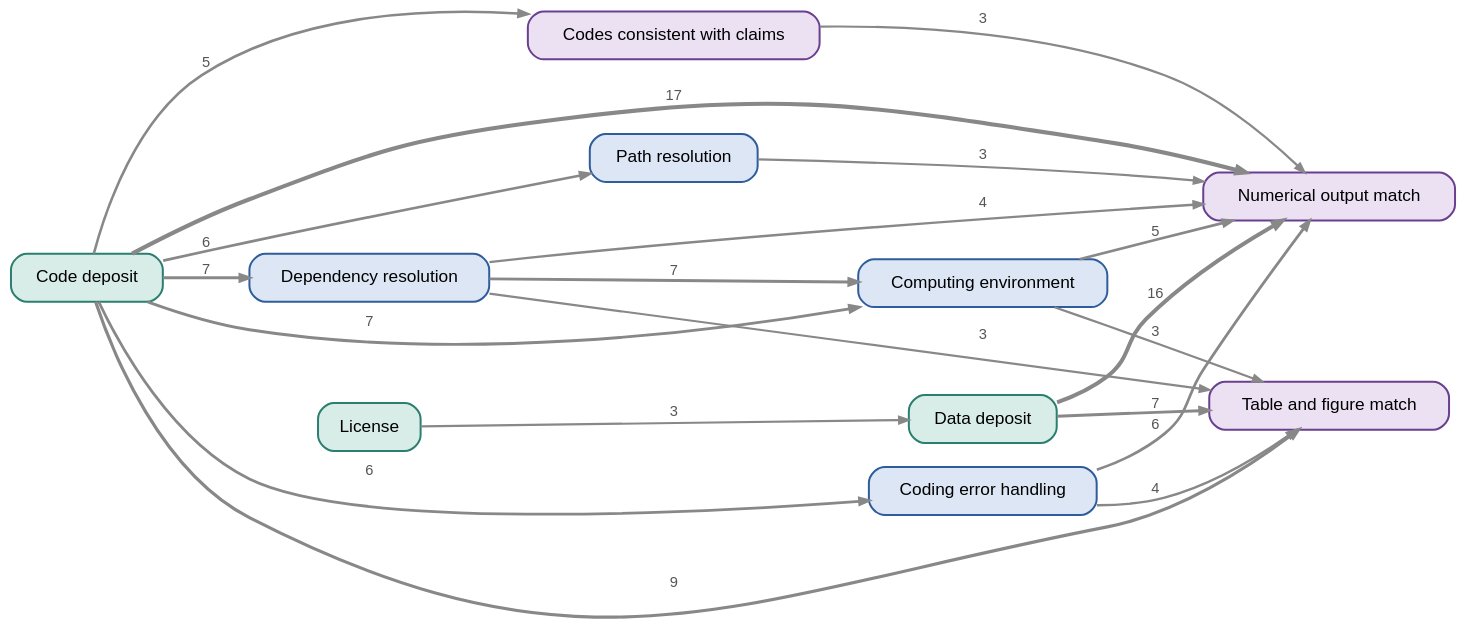
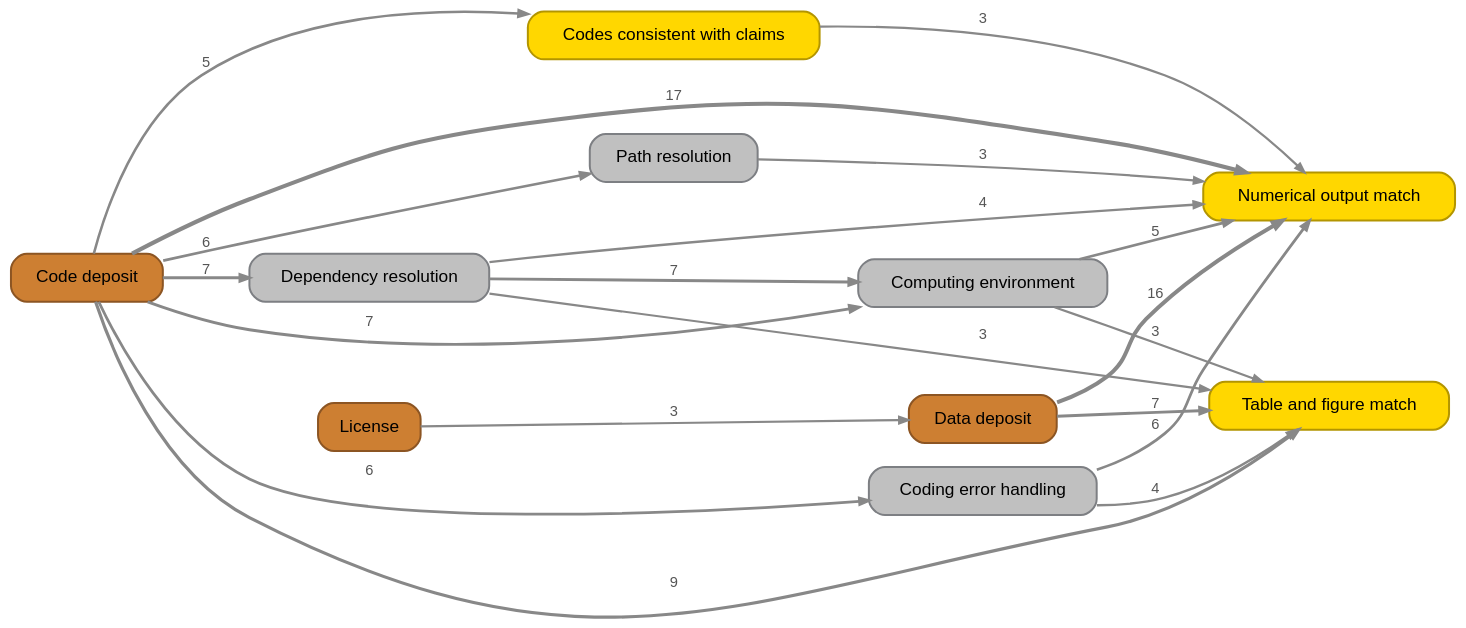
Before and after one commit to rameliaz/socenrep_rep_criteria: the diagram in _generated/graph_strong.dot, drawn with Graphviz. The commit also changed 63 other files, not shown here.

```diff
--- a/_generated/graph_strong.dot
+++ b/_generated/graph_strong.dot
@@ -1,34 +1,34 @@
 digraph prerequisites {
   rankdir=LR; nodesep=0.25; ranksep=0.8; bgcolor="transparent";
   node [shape=box, fontname="Helvetica", fontsize=13, margin="0.18,0.08"];
   edge [color="#888888", fontname="Helvetica", fontsize=11, fontcolor="#555555", arrowsize=0.7];
-  "license" [label="License", URL="criteria/tier-1/license.html", target="_top", tooltip="Every part of the package, code and data alike, carries an explicit license or terms of use, so others know whether and how they may use, modify and redistribute it. The authors have the right to share what they deposit.", fillcolor="#d9ede8", color="#2a7f6f", style="rounded,filled", penwidth=1.5]
-  "code deposit" [label="Code deposit", URL="criteria/tier-1/code-deposit.html", target="_top", tooltip="All code needed to go from the data to every reported result, including data cleaning and preparation as well as the analysis, is publicly available with the paper in human-readable form, preferably in a trusted repository with a persistent identifier.", fillcolor="#d9ede8", color="#2a7f6f", style="rounded,filled", penwidth=1.5]
-  "data deposit" [label="Data deposit", URL="criteria/tier-1/data-deposit.html", target="_top", tooltip="The data needed to reproduce the reported results are publicly available with the paper, preferably in a trusted repository with a persistent identifier. This can be the raw data, the analysis data, or both; with analysis data only, results can be reproduced from the analysis data but not from the raw data.", fillcolor="#d9ede8", color="#2a7f6f", style="rounded,filled", penwidth=1.5]
-  "dependency resolution" [label="Dependency resolution", URL="criteria/tier-2/dependency-resolution.html", target="_top", tooltip="Every add-on package or library the code needs is declared with its exact version, ideally in a machine-readable file (e.g. renv.lock in R) or an installation script (e.g. a setup.do in Stata), so that a user can install them on a new machine and the code finds them.", fillcolor="#dce6f5", color="#2f5d9c", style="rounded,filled", penwidth=1.5]
-  "path resolution" [label="Path resolution", URL="criteria/tier-2/path-resolution.html", target="_top", tooltip="The code finds its input and output files on any machine without edits: paths are relative to the package's root folder, there are no hard-coded absolute paths or machine-specific working directories, and files sit in the folders the code expects.", fillcolor="#dce6f5", color="#2f5d9c", style="rounded,filled", penwidth=1.5]
-  "coding error handling" [label="Coding error handling", URL="criteria/tier-2/coding-error-handling.html", target="_top", tooltip="The code runs to completion without execution errors (bugs). The criterion also covers how errors found during a check are handled: they are recorded, the reproducer makes only minor and unambiguous fixes within a stated limit, each fix is documented, and anything larger goes back to the authors.", fillcolor="#dce6f5", color="#2f5d9c", style="rounded,filled", penwidth=1.5]
-  "computing environment" [label="Computing environment", URL="criteria/tier-2/computing-environment.html", target="_top", tooltip="The system the code was run on is documented: operating system, version of the statistical software or programming language, and, where relevant, hardware and expected runtime. Ideally the environment is captured so it can be rebuilt (e.g. a container, virtual machine or cloud capsule) and the code runs the same way on another machine.", fillcolor="#dce6f5", color="#2f5d9c", style="rounded,filled", penwidth=1.5]
-  "codes consistent with claims" [label="Codes consistent with claims", URL="criteria/tier-3/codes-consistent-with-claims.html", target="_top", tooltip="The code does what the paper says it does: data preparation, samples, model specifications and estimators match the description in the paper, and results are computed by the code rather than copied in. This can be checked by reading the code against the paper, without running it (i.e., static code analysis).", fillcolor="#ebe1f3", color="#6b3f8f", style="rounded,filled", penwidth=1.5]
-  "numerical output match" [label="Numerical output match", URL="criteria/tier-3/numerical-output-match.html", target="_top", tooltip="Re-running the code on the deposited data reproduces the numerical results reported in the paper and appendix: estimates, standard errors, test statistics, sample sizes and numbers in the text. Sources differ on the tolerance, from exact agreement to small stated deviations.", fillcolor="#ebe1f3", color="#6b3f8f", style="rounded,filled", penwidth=1.5]
-  "table and figure match" [label="Table and figure match", URL="criteria/tier-3/table-and-figure-match.html", target="_top", tooltip="The code regenerates every table and figure in the paper and appendix, and the regenerated items match the published ones in structure and appearance; for figures, this means the levels, shapes and positions of curves and data points.", fillcolor="#ebe1f3", color="#6b3f8f", style="rounded,filled", penwidth=1.5]
+  "license" [label="License", URL="criteria/tier-1/license.html", target="_top", tooltip="Every part of the package, code and data alike, carries an explicit license or terms of use, so others know whether and how they may use, modify and redistribute it. The authors have the right to share what they deposit.", fillcolor="#cd7f32", color="#8c5523", style="rounded,filled", penwidth=1.5]
+  "code deposit" [label="Code deposit", URL="criteria/tier-1/code-deposit.html", target="_top", tooltip="All code needed to go from the data to every reported result, including data cleaning and preparation as well as the analysis, is publicly available with the paper in human-readable form, preferably in a trusted repository with a persistent identifier.", fillcolor="#cd7f32", color="#8c5523", style="rounded,filled", penwidth=1.5]
+  "data deposit" [label="Data deposit", URL="criteria/tier-1/data-deposit.html", target="_top", tooltip="The data needed to reproduce the reported results are publicly available with the paper, preferably in a trusted repository with a persistent identifier. This can be the raw data, the analysis data, or both; with analysis data only, results can be reproduced from the analysis data but not from the raw data.", fillcolor="#cd7f32", color="#8c5523", style="rounded,filled", penwidth=1.5]
+  "dependency resolution" [label="Dependency resolution", URL="criteria/tier-2/dependency-resolution.html", target="_top", tooltip="Every add-on package or library the code needs is declared with its exact version, ideally in a machine-readable file (e.g. renv.lock in R) or an installation script (e.g. a setup.do in Stata), so that a user can install them on a new machine and the code finds them.", fillcolor="#c0c0c0", color="#7d7f83", style="rounded,filled", penwidth=1.5]
+  "path resolution" [label="Path resolution", URL="criteria/tier-2/path-resolution.html", target="_top", tooltip="The code finds its input and output files on any machine without edits: paths are relative to the package's root folder, there are no hard-coded absolute paths or machine-specific working directories, and files sit in the folders the code expects.", fillcolor="#c0c0c0", color="#7d7f83", style="rounded,filled", penwidth=1.5]
+  "coding error handling" [label="Coding error handling", URL="criteria/tier-2/coding-error-handling.html", target="_top", tooltip="The code runs to completion without execution errors (bugs). The criterion also covers how errors found during a check are handled: they are recorded, the reproducer makes only minor and unambiguous fixes within a stated limit, each fix is documented, and anything larger goes back to the authors.", fillcolor="#c0c0c0", color="#7d7f83", style="rounded,filled", penwidth=1.5]
+  "computing environment" [label="Computing environment", URL="criteria/tier-2/computing-environment.html", target="_top", tooltip="The system the code was run on is documented: operating system, version of the statistical software or programming language, and, where relevant, hardware and expected runtime. Ideally the environment is captured so it can be rebuilt (e.g. a container, virtual machine or cloud capsule) and the code runs the same way on another machine.", fillcolor="#c0c0c0", color="#7d7f83", style="rounded,filled", penwidth=1.5]
+  "codes consistent with claims" [label="Codes consistent with claims", URL="criteria/tier-3/codes-consistent-with-claims.html", target="_top", tooltip="The code does what the paper says it does: data preparation, samples, model specifications and estimators match the description in the paper, and results are computed by the code rather than copied in. This can be checked by reading the code against the paper, without running it (i.e., static code analysis).", fillcolor="#ffd700", color="#b39500", style="rounded,filled", penwidth=1.5]
+  "numerical output match" [label="Numerical output match", URL="criteria/tier-3/numerical-output-match.html", target="_top", tooltip="Re-running the code on the deposited data reproduces the numerical results reported in the paper and appendix: estimates, standard errors, test statistics, sample sizes and numbers in the text. Sources differ on the tolerance, from exact agreement to small stated deviations.", fillcolor="#ffd700", color="#b39500", style="rounded,filled", penwidth=1.5]
+  "table and figure match" [label="Table and figure match", URL="criteria/tier-3/table-and-figure-match.html", target="_top", tooltip="The code regenerates every table and figure in the paper and appendix, and the regenerated items match the published ones in structure and appearance; for figures, this means the levels, shapes and positions of curves and data points.", fillcolor="#ffd700", color="#b39500", style="rounded,filled", penwidth=1.5]
   "license" -> "data deposit" [penwidth=1.64, label="3", style="solid"]
   "code deposit" -> "dependency resolution" [penwidth=2.19, label="7", style="solid"]
   "code deposit" -> "path resolution" [penwidth=2.07, label="6", style="solid"]
   "code deposit" -> "coding error handling" [penwidth=2.07, label="6", style="solid"]
   "code deposit" -> "computing environment" [penwidth=2.19, label="7", style="solid"]
   "dependency resolution" -> "computing environment" [penwidth=2.19, label="7", style="solid"]
   "code deposit" -> "codes consistent with claims" [penwidth=1.94, label="5", style="solid"]
   "code deposit" -> "numerical output match" [penwidth=3.07, label="17", style="solid"]
   "data deposit" -> "numerical output match" [penwidth=3, label="16", style="solid"]
   "coding error handling" -> "numerical output match" [penwidth=2.07, label="6", style="solid"]
   "computing environment" -> "numerical output match" [penwidth=1.94, label="5", style="solid"]
   "dependency resolution" -> "numerical output match" [penwidth=1.8, label="4", style="solid"]
   "codes consistent with claims" -> "numerical output match" [penwidth=1.64, label="3", style="solid"]
   "path resolution" -> "numerical output match" [penwidth=1.64, label="3", style="solid"]
   "code deposit" -> "table and figure match" [penwidth=2.4, label="9", style="solid"]
   "data deposit" -> "table and figure match" [penwidth=2.19, label="7", style="solid"]
   "coding error handling" -> "table and figure match" [penwidth=1.8, label="4", style="solid"]
   "computing environment" -> "table and figure match" [penwidth=1.64, label="3", style="solid"]
   "dependency resolution" -> "table and figure match" [penwidth=1.64, label="3", style="solid"]
 }
```
